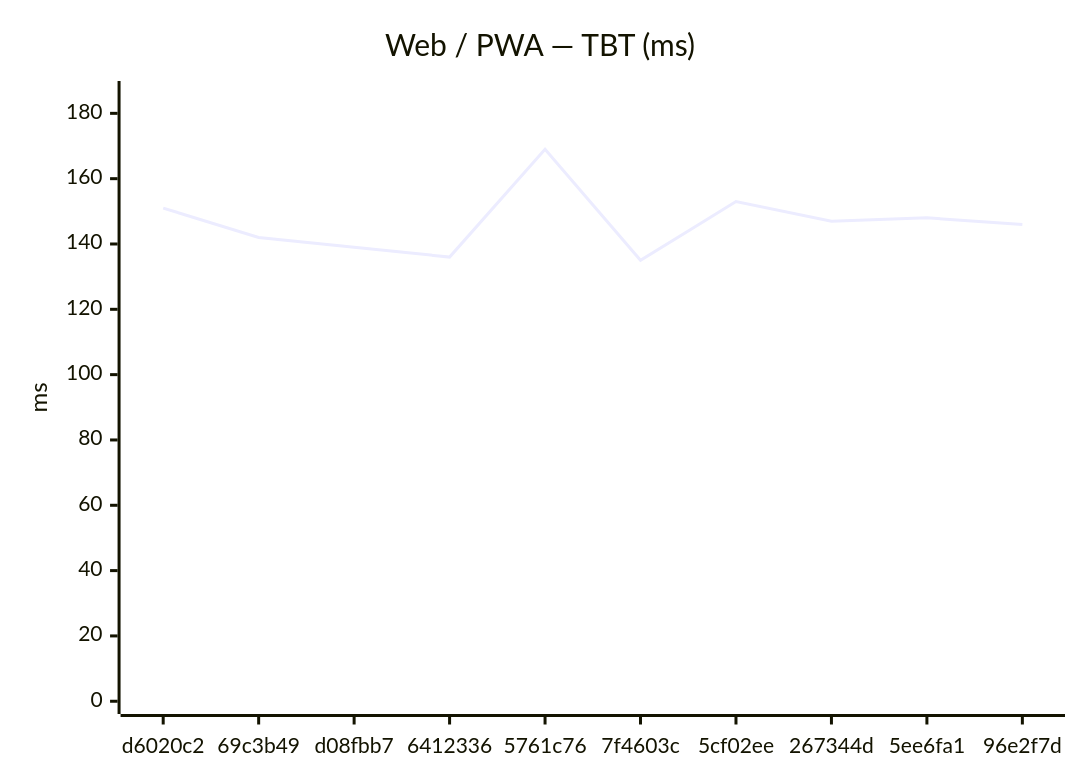
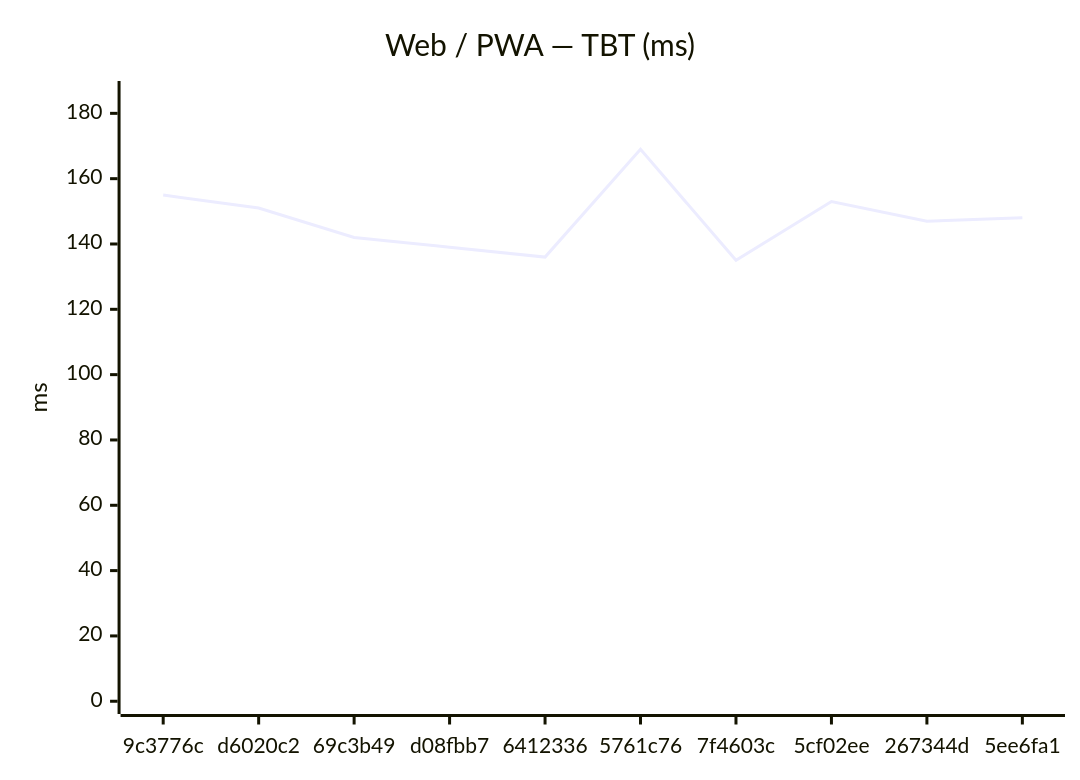
Before and after one commit to Metaheurist/Rianell: the second of 18 diagrams in benchmarks/compare.md, drawn with Mermaid. The commit also changed other lines of this file and 11 other files, not shown here.

````diff
--- a/benchmarks/compare.md
+++ b/benchmarks/compare.md
@@ -31,7 +31,7 @@
 ```mermaid
 xychart-beta
     title "Web / PWA — TBT (ms)"
-    x-axis ["d6020c2", "69c3b49", "d08fbb7", "6412336", "5761c76", "7f4603c", "5cf02ee", "267344d", "5ee6fa1", "96e2f7d"]
+    x-axis ["9c3776c", "d6020c2", "69c3b49", "d08fbb7", "6412336", "5761c76", "7f4603c", "5cf02ee", "267344d", "5ee6fa1"]
     y-axis "ms" 0 --> 186
-    line [151, 142, 139, 136, 169, 135, 153, 147, 148, 146]
+    line [155, 151, 142, 139, 136, 169, 135, 153, 147, 148]
 ```
````
